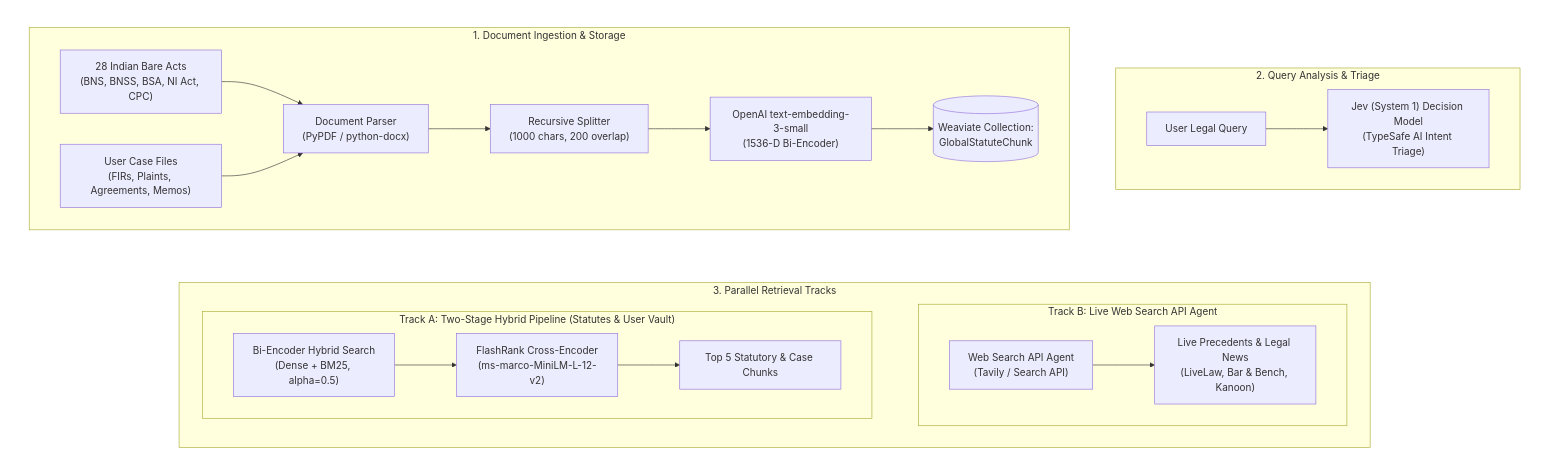
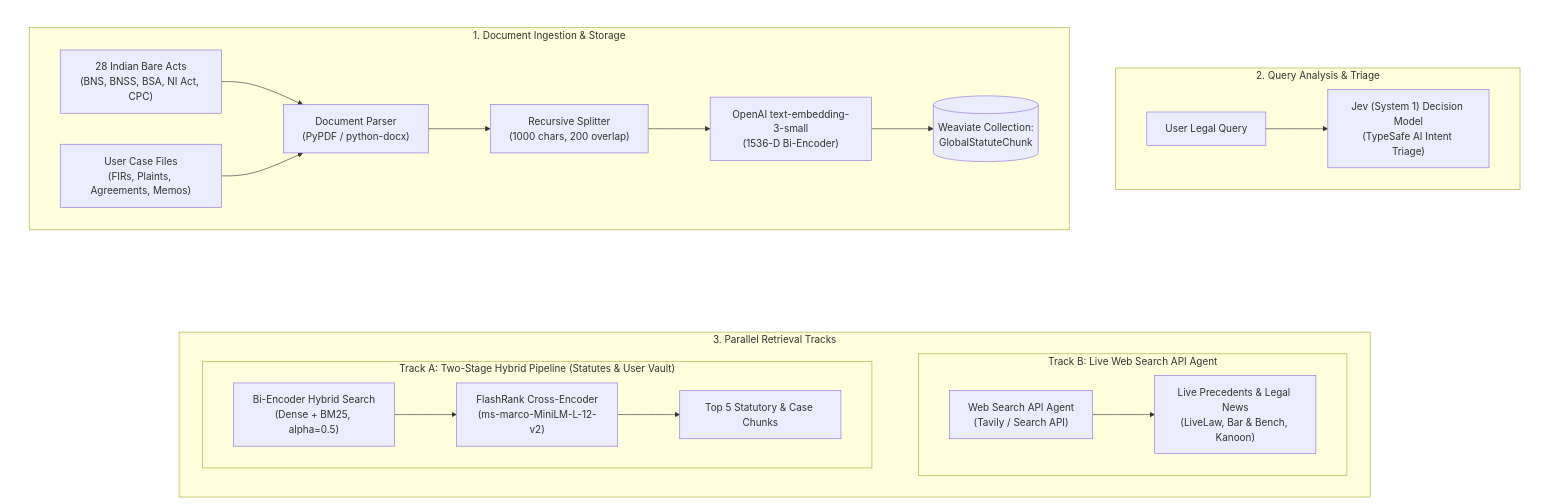
Before and after one commit to JaywardhanYadav/LegalDrishti-AI: the first of 2 diagrams in README.md, drawn with Mermaid.

Commit message:
docs: add vertical spacing between row 1 and row 2 in V1 diagram

````diff
--- a/README.md
+++ b/README.md
@@ -35,43 +35,44 @@
 ```mermaid
 flowchart TD
     subgraph ROW1[" "]
         direction LR
         subgraph INGEST_V1["1. Document Ingestion & Storage"]
             direction LR
             DOC_STATUTES["28 Indian Bare Acts\n(BNS, BNSS, BSA, NI Act, CPC)"]
             DOC_USER["User Case Files\n(FIRs, Plaints, Agreements, Memos)"]
 
             DOC_STATUTES --> PARSER_V1["Document Parser\n(PyPDF / python-docx)"]
             DOC_USER --> PARSER_V1
             PARSER_V1 --> CHUNK_V1["Recursive Splitter\n(1000 chars, 200 overlap)"]
             CHUNK_V1 --> EMBED_V1["OpenAI text-embedding-3-small\n(1536-D Bi-Encoder)"]
             EMBED_V1 --> WEAVIATE_V1[("Weaviate Collection:\nGlobalStatuteChunk")]
         end
 
         INGEST_V1 ~~~ TRIAGE_V1
 
         subgraph TRIAGE_V1["2. Query Analysis & Triage"]
             direction LR
             QUERY_V1["User Legal Query"] --> JEV_V1["Jev (System 1) Decision Model\n(TypeSafe AI Intent Triage)"]
         end
     end
 
     subgraph RETRIEVE_V1["3. Parallel Retrieval Tracks"]
         direction LR
 
         subgraph PIPELINE_INTERNAL["Track A: Two-Stage Hybrid Pipeline (Statutes & User Vault)"]
             direction LR
             HYBRID_V1["Bi-Encoder Hybrid Search\n(Dense + BM25, alpha=0.5)"] --> RERANK_V1["FlashRank Cross-Encoder\n(ms-marco-MiniLM-L-12-v2)"] --> TOP_INTERNAL["Top 5 Statutory & Case Chunks"]
         end
 
         PIPELINE_INTERNAL ~~~ PIPELINE_WEB
 
         subgraph PIPELINE_WEB["Track B: Live Web Search API Agent"]
             direction LR
             AGENT_WEB["Web Search API Agent\n(Tavily / Search API)"] --> WEB_RESULTS["Live Precedents & Legal News\n(LiveLaw, Bar & Bench, Kanoon)"]
         end
     end
 
-    ROW1 ~~~ RETRIEVE_V1
+    ROW1 ~~~ SPACE_ROW[" "] ~~~ RETRIEVE_V1
     style ROW1 fill:none,stroke:none
+    style SPACE_ROW fill:none,stroke:none,color:transparent
 ```
````
